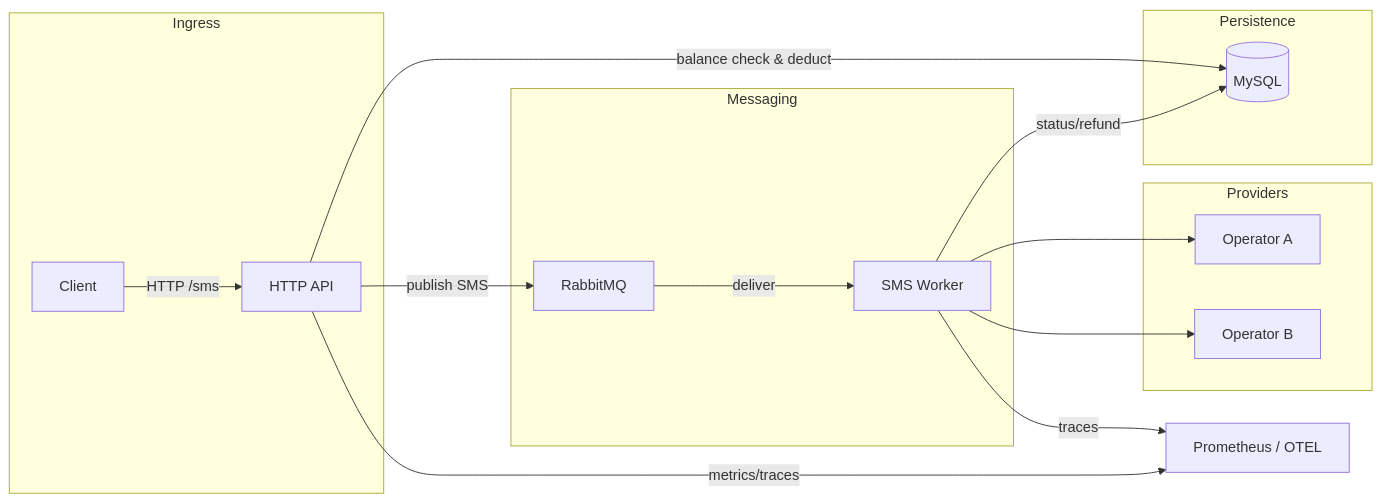
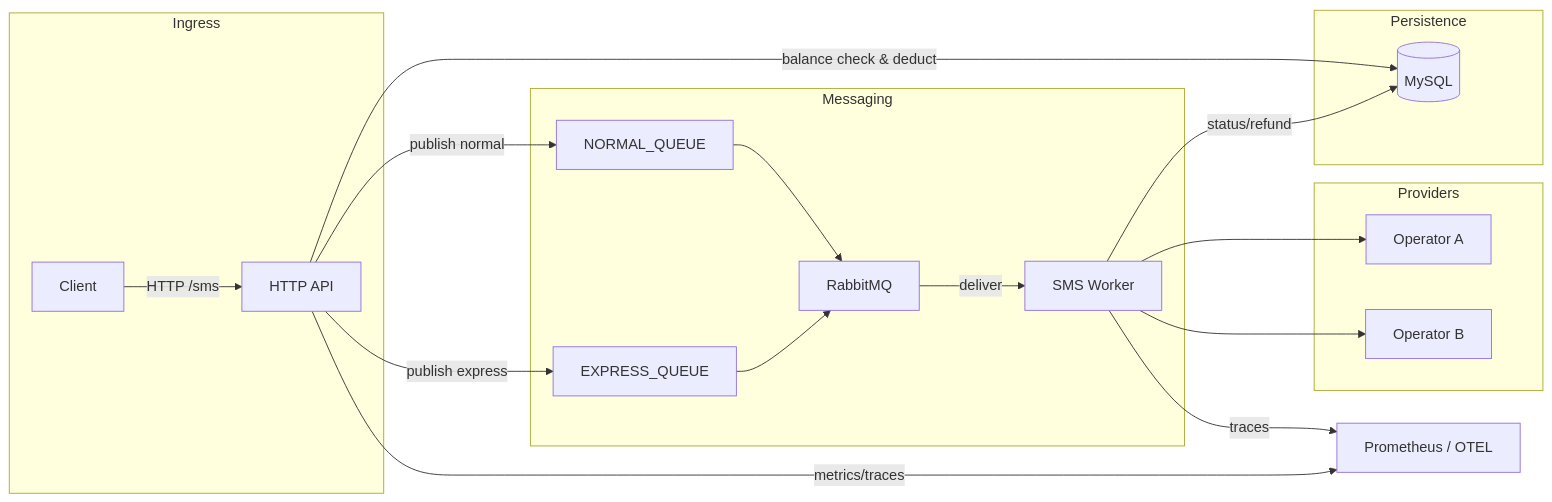
Before and after one commit to arminazimi/sms-gateway: the first of 3 diagrams in README.md, drawn with Mermaid. The commit also changed other lines of this file, not shown here.

Commit message:
update README to clarify SMS routing and queue usage for normal and express messages

````diff
--- a/README.md
+++ b/README.md
@@ -19,29 +19,34 @@
 ```mermaid
 graph LR
   subgraph Ingress
     Client[Client]
     API[HTTP API]
   end
   subgraph Persistence
     DB[(MySQL)]
   end
   subgraph Messaging
     MQ[RabbitMQ]
+    QN[NORMAL_QUEUE]
+    QE[EXPRESS_QUEUE]
     Worker[SMS Worker]
   end
   subgraph Providers
     OpA[Operator A]
     OpB[Operator B]
   end
   Obs[Prometheus / OTEL]
 
   Client -->|HTTP /sms| API
   API -->|balance check & deduct| DB
-  API -->|publish SMS| MQ
+  API -->|publish normal| QN
+  API -->|publish express| QE
+  QN --> MQ
+  QE --> MQ
   MQ -->|deliver| Worker
   Worker -->|status/refund| DB
   Worker --> OpA
   Worker --> OpB
   API -->|metrics/traces| Obs
   Worker -->|traces| Obs
 ```
````
